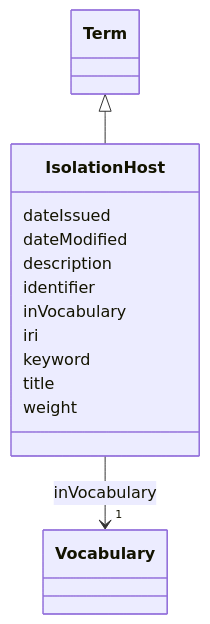
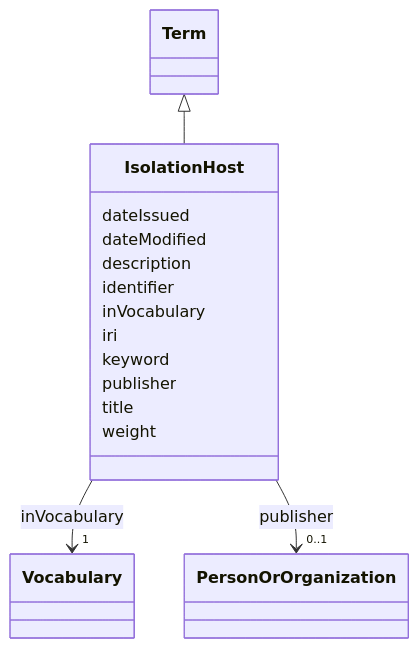
The diagram in models/docs/IsolationHost.md (EVORA-project/evora-ontology), drawn with Mermaid before and after one commit. The commit also changed other lines of this file and 468 other files, not shown here.

````diff
--- a/models/docs/IsolationHost.md
+++ b/models/docs/IsolationHost.md
@@ -19,34 +19,43 @@
 ```mermaid
  classDiagram
     class IsolationHost
     click IsolationHost href "../IsolationHost"
       Term <|-- IsolationHost
         click Term href "../Term"
       
       IsolationHost : dateIssued
         
       IsolationHost : dateModified
         
       IsolationHost : description
         
       IsolationHost : identifier
         
       IsolationHost : inVocabulary
         
           
     
     
     IsolationHost --> "1" Vocabulary : inVocabulary
     click Vocabulary href "../Vocabulary"
 
         
       IsolationHost : iri
         
       IsolationHost : keyword
         
+      IsolationHost : publisher
+        
+          
+    
+    
+    IsolationHost --> "0..1" PersonOrOrganization : publisher
+    click PersonOrOrganization href "../PersonOrOrganization"
+
+        
       IsolationHost : title
         
       IsolationHost : weight
         
       
 ```
````
